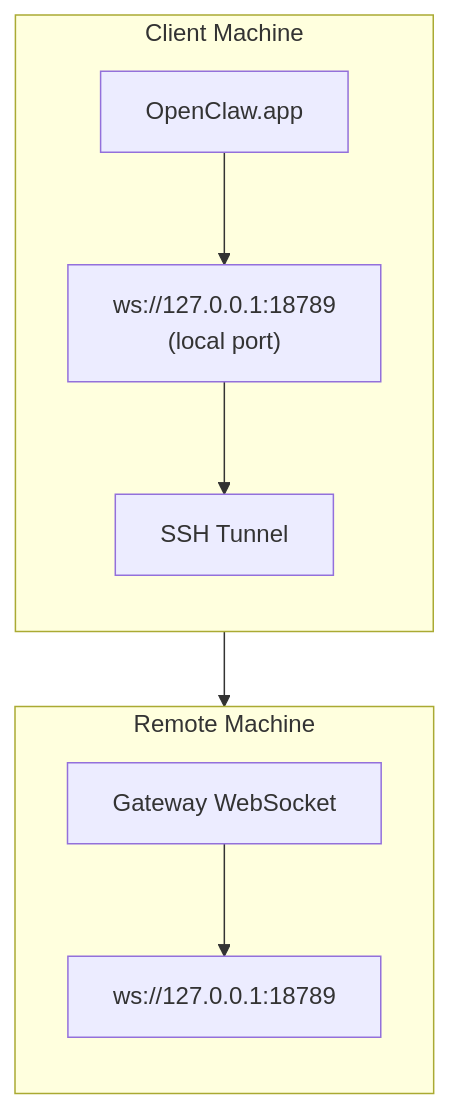
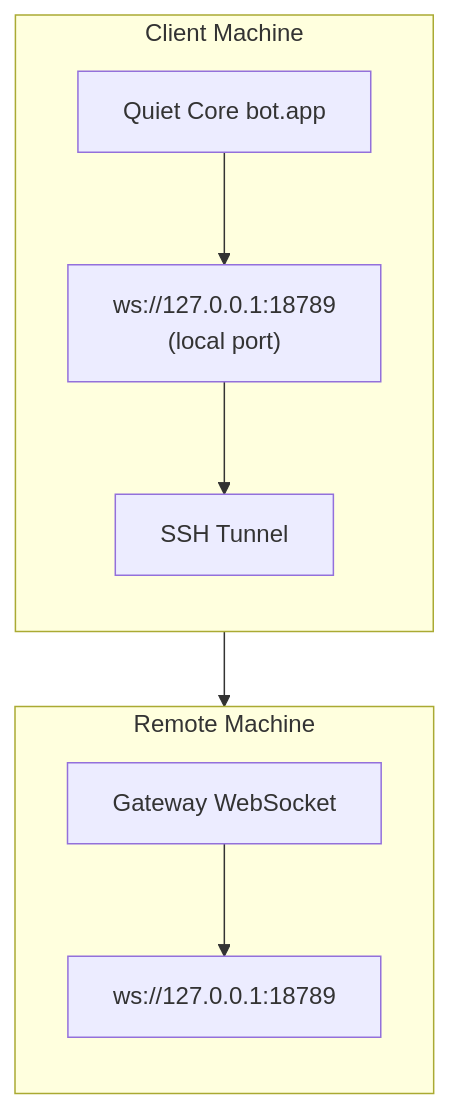
Before and after one commit to liuda1999/Quiet-Core-bot: the diagram in docs/gateway/remote-gateway-readme.md, drawn with Mermaid. The commit also changed other lines of this file and 251 other files, not shown here.

````diff
--- a/docs/gateway/remote-gateway-readme.md
+++ b/docs/gateway/remote-gateway-readme.md
@@ -15,20 +15,20 @@
 ```mermaid
 flowchart TB
     subgraph Client["Client Machine"]
         direction TB
-        A["OpenClaw.app"]
+        A["Quiet Core bot.app"]
         B["ws://127.0.0.1:18789\n(local port)"]
         T["SSH Tunnel"]
 
         A --> B
         B --> T
     end
     subgraph Remote["Remote Machine"]
         direction TB
         C["Gateway WebSocket"]
         D["ws://127.0.0.1:18789"]
 
         C --> D
     end
     T --> C
 ```
````
